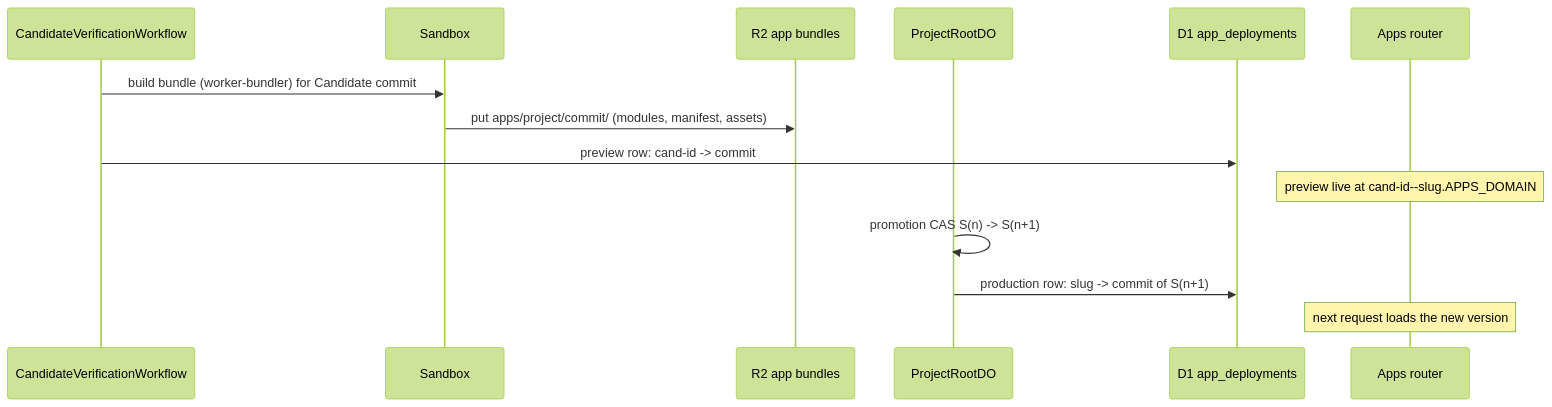
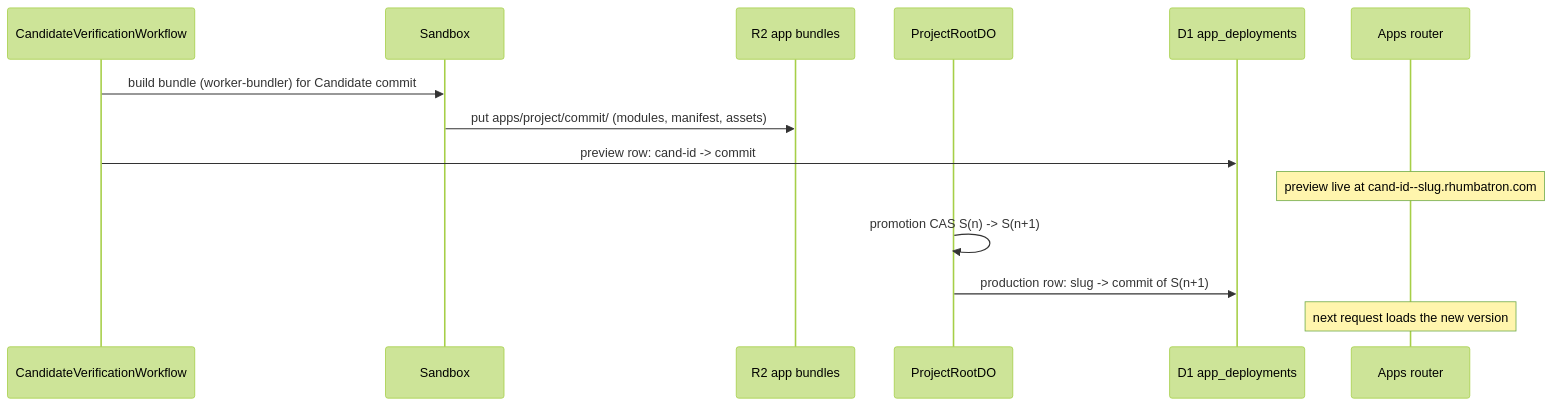
Before and after one commit to nsudhanva/rhumbatron: the second of 3 diagrams in docs/plans/phase-16-live-apps.md, drawn with Mermaid (forest theme). The commit also changed other lines of this file, not shown here.

Commit message:
docs(docs): use rhumbatron.com subdomains and fake identity for live apps

````diff
--- a/docs/plans/phase-16-live-apps.md
+++ b/docs/plans/phase-16-live-apps.md
@@ -82,16 +82,16 @@
 ```mermaid
 sequenceDiagram
   participant V as CandidateVerificationWorkflow
   participant S as Sandbox
   participant R2 as R2 app bundles
   participant P as ProjectRootDO
   participant D as D1 app_deployments
   participant A as Apps router
   V->>S: build bundle (worker-bundler) for Candidate commit
   S->>R2: put apps/project/commit/ (modules, manifest, assets)
   V->>D: preview row: cand-id -> commit
-  Note over A: preview live at cand-id--slug.APPS_DOMAIN
+  Note over A: preview live at cand-id--slug.rhumbatron.com
   P->>P: promotion CAS S(n) -> S(n+1)
   P->>D: production row: slug -> commit of S(n+1)
   Note over A: next request loads the new version
 ```
````
